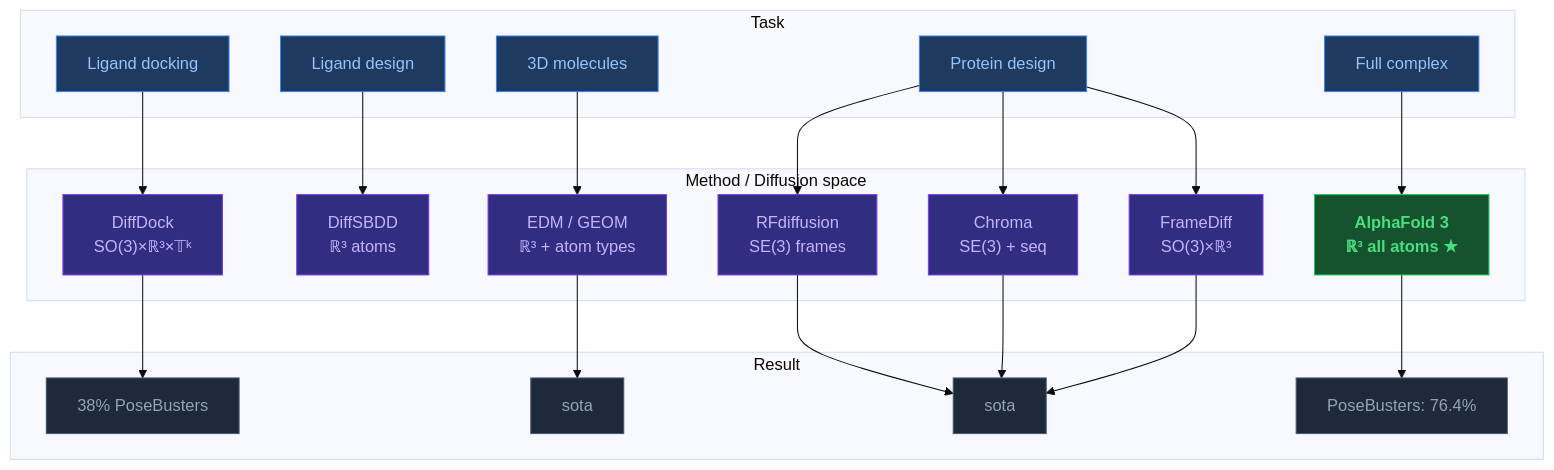
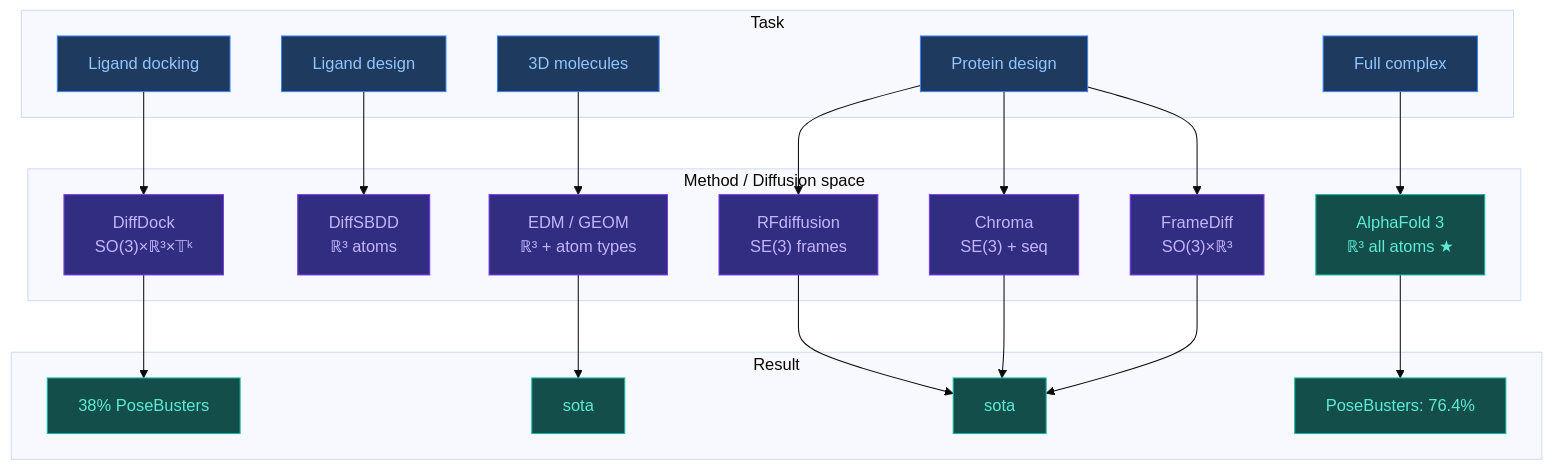
The sixth of 8 diagrams in EN/1. AlphaFold3/1.2. Architecture/1.2.4. Diffusion Models — Theory and Applications.md (OlehVolkov/AlphaFold3-AIGen-KnowledgeBase), drawn with Mermaid (base theme) before and after one commit. The commit also changed other lines of this file and 33 other files, not shown here.

Commit message:
Linting and fixes in diagrams

````diff
--- a/EN/1. AlphaFold3/1.2. Architecture/1.2.4. Diffusion Models — Theory and Applications.md
+++ b/EN/1. AlphaFold3/1.2. Architecture/1.2.4. Diffusion Models — Theory and Applications.md
@@ -212,42 +212,45 @@
 ```mermaid
 flowchart TD
     subgraph tasks["Task"]
         D["Ligand docking"]
         L["Ligand design"]
         M["3D molecules"]
         P["Protein design"]
         C["Full complex"]
     end
 
     subgraph methods["Method / Diffusion space"]
         DD["DiffDock<br/>SO(3)×ℝ³×𝕋ᵏ"]
         DS["DiffSBDD<br/>ℝ³ atoms"]
         EDM["EDM / GEOM<br/>ℝ³ + atom types"]
         RF["RFdiffusion<br/>SE(3) frames"]
         CH["Chroma<br/>SE(3) + seq"]
         FD["FrameDiff<br/>SO(3)×ℝ³"]
         AF["AlphaFold 3<br/>ℝ³ all atoms ★"]
     end
 
     subgraph results["Result"]
         R1["38% PoseBusters"]
         R2["sota"]
         R3["sota"]
         R4["PoseBusters: 76.4%"]
     end
 
     D --> DD --> R1
     L --> DS
     M --> EDM --> R2
     P --> RF & CH & FD --> R3
     C --> AF --> R4
 
-    classDef task   fill:#1e3a5f,stroke:#3b82f6,color:#93c5fd
-    classDef method fill:#312e81,stroke:#7c3aed,color:#c4b5fd
-    classDef best   fill:#14532d,stroke:#22c55e,color:#4ade80,font-weight:bold
-    classDef result fill:#1e293b,stroke:#475569,color:#94a3b8
-    class D,L,M,P,C task
-    class DD,DS,EDM,RF,CH,FD method
-    class AF best
-    class R1,R2,R3,R4 result
+    class D,L,M,P,C input
+    class DD,DS,EDM,RF,CH,FD trunk
+    class AF output
+    class R1,R2,R3,R4 output
+
+    classDef input fill:#1e3a5f,stroke:#3b82f6,color:#93c5fd
+    classDef trunk fill:#312e81,stroke:#7c3aed,color:#c4b5fd
+    classDef diffusion fill:#14532d,stroke:#22c55e,color:#86efac
+    classDef confidence fill:#7c2d12,stroke:#ea580c,color:#fdba74
+    classDef output fill:#134e4a,stroke:#14b8a6,color:#5eead4
+    classDef neutral fill:#1e293b,stroke:#475569,color:#94a3b8
 ```
````
